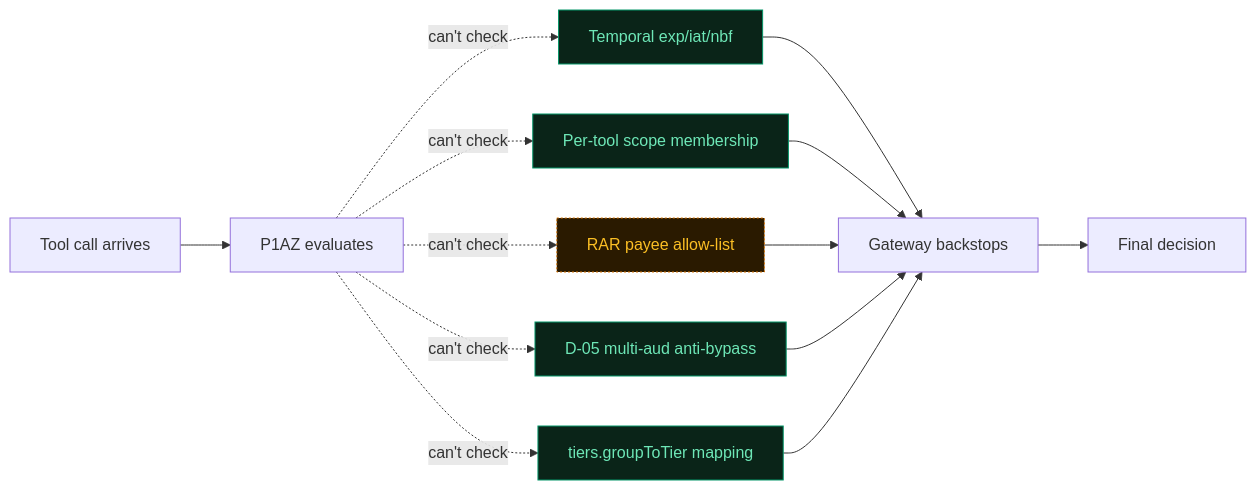
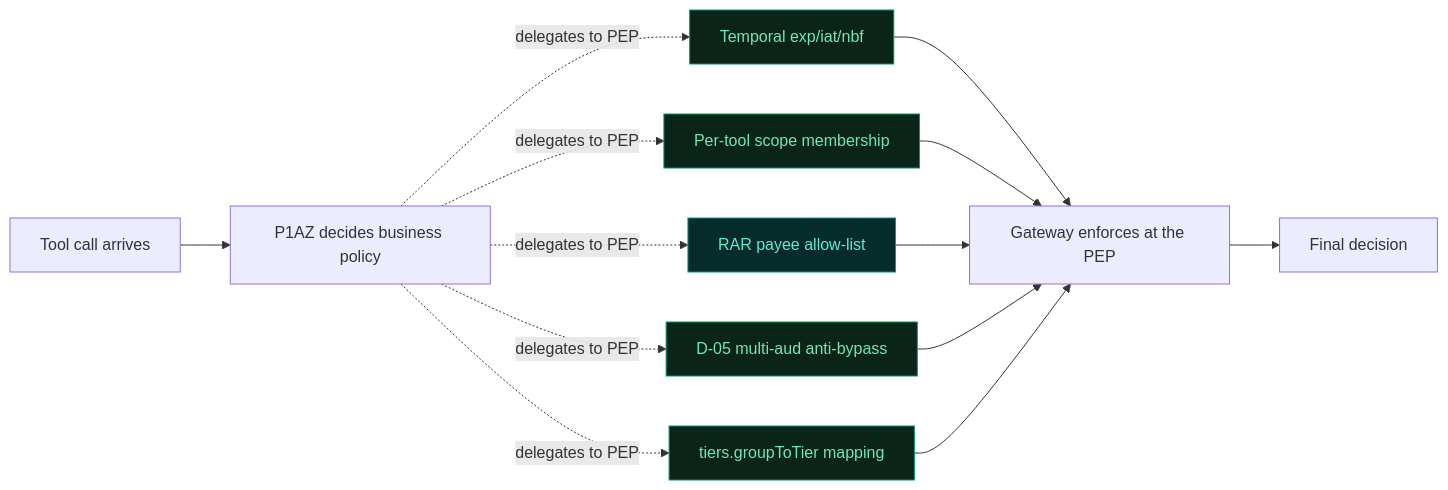
One commit to curtismu7/AI-DEMO2 changed the diagram in docs/gateway-enforcement-map.md. Above: the diagram before and after it, drawn with Mermaid. The commit also changed other lines of this file and 5 other files, not shown here.

````diff
--- a/docs/gateway-enforcement-map.md
+++ b/docs/gateway-enforcement-map.md
@@ -21,20 +22,21 @@
 ```mermaid
 flowchart LR
-  REQ["Tool call arrives"] --> P1AZ["P1AZ evaluates"]
-  P1AZ -.->|can't check| b_temporal["Temporal exp/iat/nbf"]
-  P1AZ -.->|can't check| b_scope["Per-tool scope membership"]
-  P1AZ -.->|can't check| b_rar["RAR payee allow-list"]
-  P1AZ -.->|can't check| b_d05["D-05 multi-aud anti-bypass"]
-  P1AZ -.->|can't check| b_tier["tiers.groupToTier mapping"]
-  b_temporal --> GW["Gateway backstops"]
-  b_scope --> GW["Gateway backstops"]
-  b_rar --> GW["Gateway backstops"]
-  b_d05 --> GW["Gateway backstops"]
-  b_tier --> GW["Gateway backstops"]
+  REQ["Tool call arrives"] --> P1AZ["P1AZ decides business policy"]
+  P1AZ -.->|delegates to PEP| b_temporal["Temporal exp/iat/nbf"]
+  P1AZ -.->|delegates to PEP| b_scope["Per-tool scope membership"]
+  P1AZ -.->|delegates to PEP| b_rar["RAR payee allow-list"]
+  P1AZ -.->|delegates to PEP| b_d05["D-05 multi-aud anti-bypass"]
+  P1AZ -.->|delegates to PEP| b_tier["tiers.groupToTier mapping"]
+  b_temporal --> GW["Gateway enforces at the PEP"]
+  b_scope --> GW["Gateway enforces at the PEP"]
+  b_rar --> GW["Gateway enforces at the PEP"]
+  b_d05 --> GW["Gateway enforces at the PEP"]
+  b_tier --> GW["Gateway enforces at the PEP"]
   GW --> DEC["Final decision"]
   classDef done fill:#0a2418,color:#6ee7b7,stroke:#059669,stroke-width:1px
+  classDef bydesign fill:#062b2b,color:#5eead4,stroke:#0d9488,stroke-width:1px
   classDef flagged fill:#2a1a00,color:#fbbf24,stroke:#d97706,stroke-width:1px,stroke-dasharray:2 2
   classDef pending fill:#2d0a0a,color:#fca5a5,stroke:#dc2626,stroke-width:1px,stroke-dasharray:4 4
   class b_temporal,b_scope,b_d05,b_tier done
-  class b_rar flagged
+  class b_rar bydesign
 ```
````
